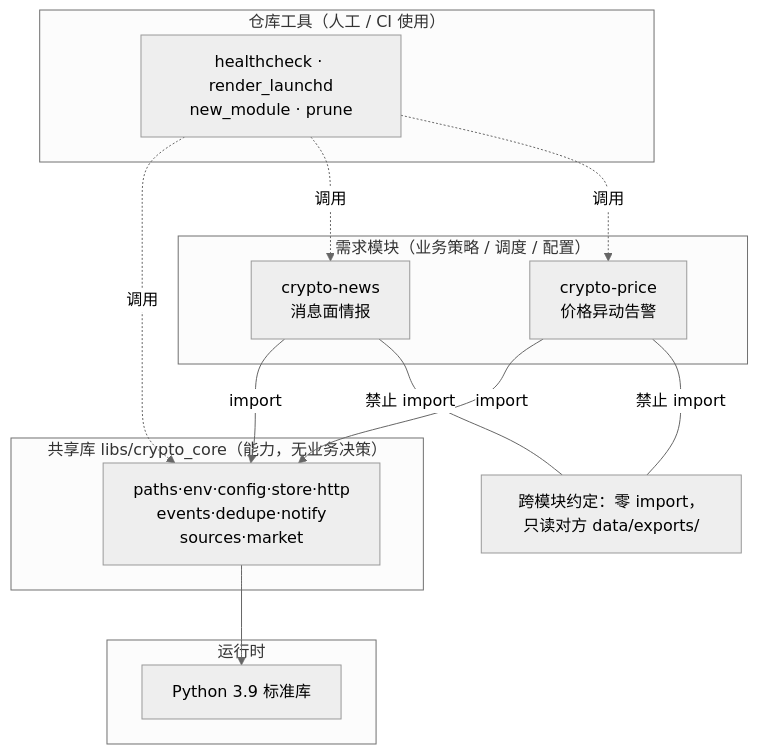
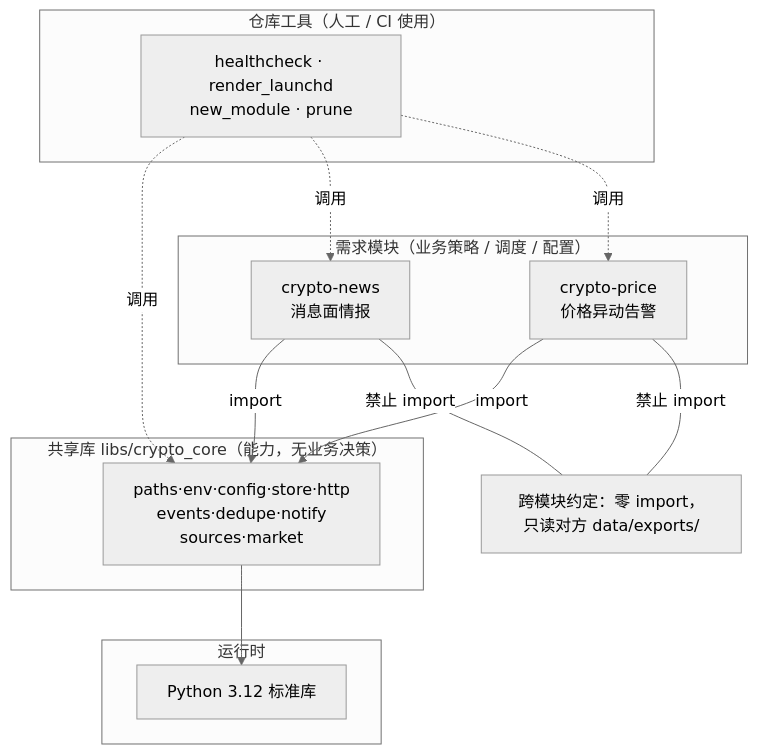
Before and after one commit to wanggc2019/crypto-research: the first of 5 diagrams in docs/architecture.md, drawn with Mermaid (neutral theme). The commit also changed other lines of this file and 14 other files, not shown here.

````diff
--- a/docs/architecture.md
+++ b/docs/architecture.md
@@ -126,25 +126,25 @@
 ```mermaid
 flowchart TB
     subgraph MOD["需求模块（业务策略 / 调度 / 配置）"]
         NEWS["crypto-news<br/>消息面情报"]
         PRICE["crypto-price<br/>价格异动告警"]
     end
     subgraph LIB["共享库 libs/crypto_core（能力，无业务决策）"]
         CORE["paths·env·config·store·http<br/>events·dedupe·notify<br/>sources·market"]
     end
     subgraph RT["运行时"]
-        PY["Python 3.9 标准库"]
+        PY["Python 3.12 标准库"]
     end
     subgraph TOOL["仓库工具（人工 / CI 使用）"]
         T["healthcheck · render_launchd<br/>new_module · prune"]
     end
     NEWS -->|import| CORE
     PRICE -->|import| CORE
     CORE --> PY
     T -.->|调用| CORE
     T -.->|调用| NEWS
     T -.->|调用| PRICE
     NOTE["跨模块约定：零 import，只读对方 data/exports/"]
     NEWS ---|"禁止 import"| NOTE
     PRICE ---|"禁止 import"| NOTE
 ```
````
